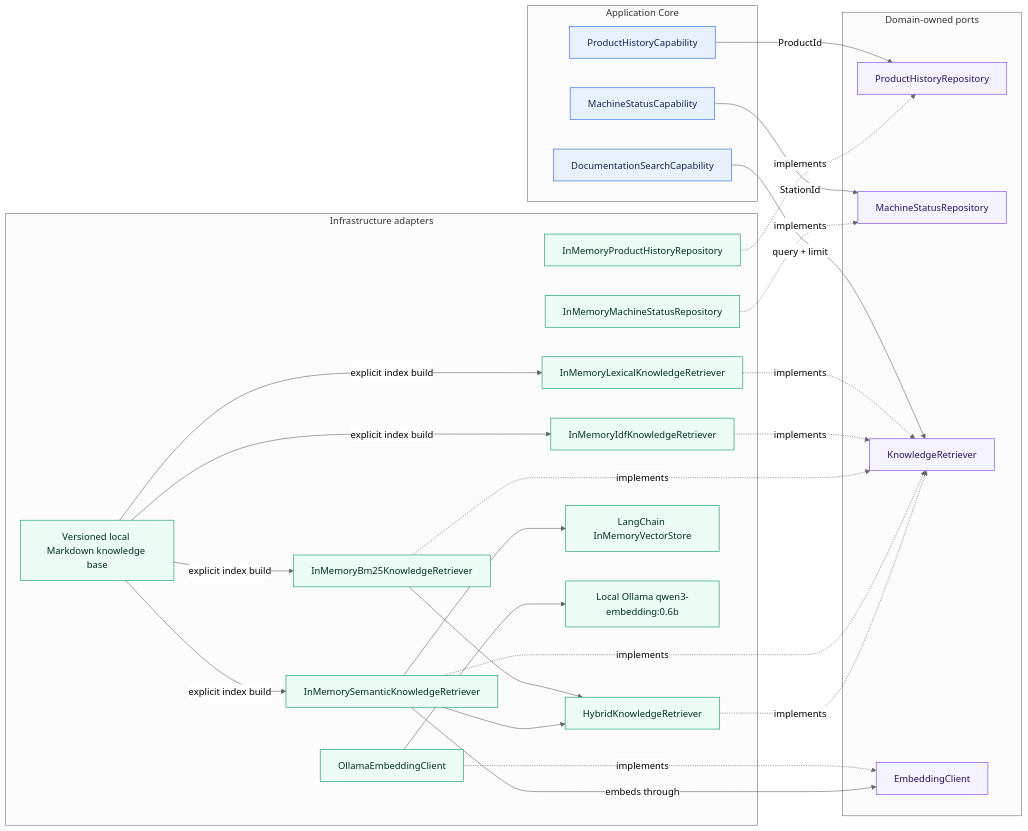
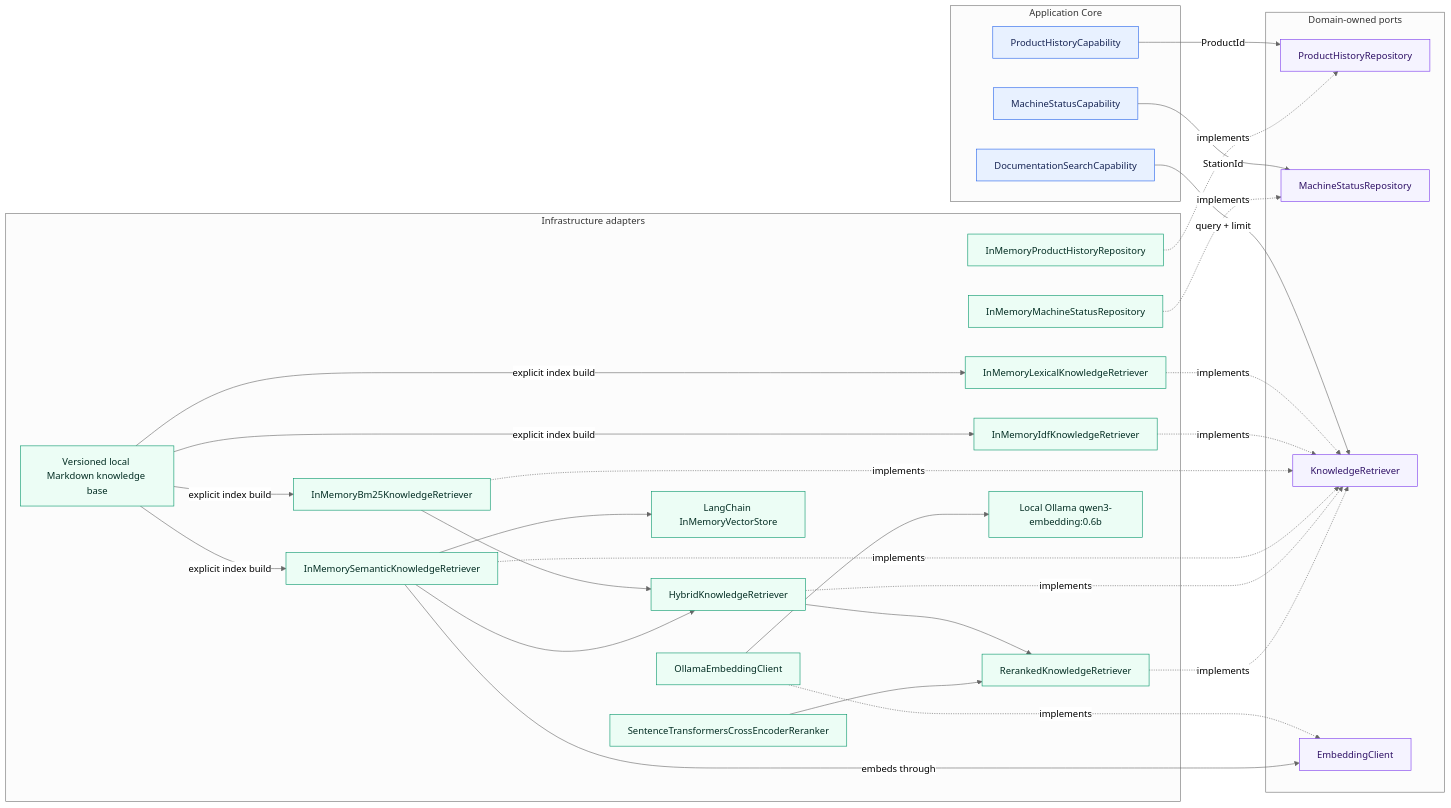
Before and after one commit to aboerzel/industrial-ai-agent: the first of 11 diagrams in docs/architecture/overview.md, drawn with Mermaid (neutral theme). The commit also changed other lines of this file and 14 other files, not shown here.

Commit message:
feat: add local cross-encoder reranking

````diff
--- a/docs/architecture/overview.md
+++ b/docs/architecture/overview.md
@@ -23,57 +23,62 @@
 ```mermaid
 flowchart LR
     subgraph Core["Application Core"]
         PHC["ProductHistoryCapability"]
         MSC["MachineStatusCapability"]
         DSC["DocumentationSearchCapability"]
     end
 
     subgraph Ports["Domain-owned ports"]
         PHR["ProductHistoryRepository"]
         MSR["MachineStatusRepository"]
         KR["KnowledgeRetriever"]
         EP["EmbeddingClient"]
     end
 
     subgraph Infrastructure["Infrastructure adapters"]
         PHM["InMemoryProductHistoryRepository"]
         MSM["InMemoryMachineStatusRepository"]
         LKR["InMemoryLexicalKnowledgeRetriever"]
         IDF["InMemoryIdfKnowledgeRetriever"]
         BM25["InMemoryBm25KnowledgeRetriever"]
         SEM["InMemorySemanticKnowledgeRetriever"]
         HYB["HybridKnowledgeRetriever"]
+        RER["RerankedKnowledgeRetriever"]
+        CEP["SentenceTransformersCrossEncoderReranker"]
         OEC["OllamaEmbeddingClient"]
         VEC["LangChain InMemoryVectorStore"]
         KB["Versioned local Markdown knowledge base"]
         OLLAMA["Local Ollama qwen3-embedding:0.6b"]
     end
 
     PHC -->|"ProductId"| PHR
     MSC -->|"StationId"| MSR
     DSC -->|"query + limit"| KR
     PHM -.->|"implements"| PHR
     MSM -.->|"implements"| MSR
     LKR -.->|"implements"| KR
     IDF -.->|"implements"| KR
     BM25 -.->|"implements"| KR
     SEM -.->|"implements"| KR
     HYB -.->|"implements"| KR
+    RER -.->|"implements"| KR
     OEC -.->|"implements"| EP
     KB -->|"explicit index build"| LKR
     KB -->|"explicit index build"| IDF
     KB -->|"explicit index build"| BM25
     KB -->|"explicit index build"| SEM
     BM25 --> HYB
     SEM --> HYB
+    HYB --> RER
+    CEP --> RER
     SEM -->|"embeds through"| EP
     SEM --> VEC
     OEC --> OLLAMA
 
     classDef core fill:#e8f1ff,stroke:#2563eb,color:#172554
     classDef port fill:#f5f3ff,stroke:#7c3aed,color:#2e1065
     classDef adapter fill:#ecfdf5,stroke:#059669,color:#022c22
     class PHC,MSC,DSC core
     class PHR,MSR,KR,EP port
-    class PHM,MSM,LKR,IDF,BM25,SEM,HYB,OEC,VEC,KB,OLLAMA adapter
+    class PHM,MSM,LKR,IDF,BM25,SEM,HYB,RER,CEP,OEC,VEC,KB,OLLAMA adapter
 ```
````
